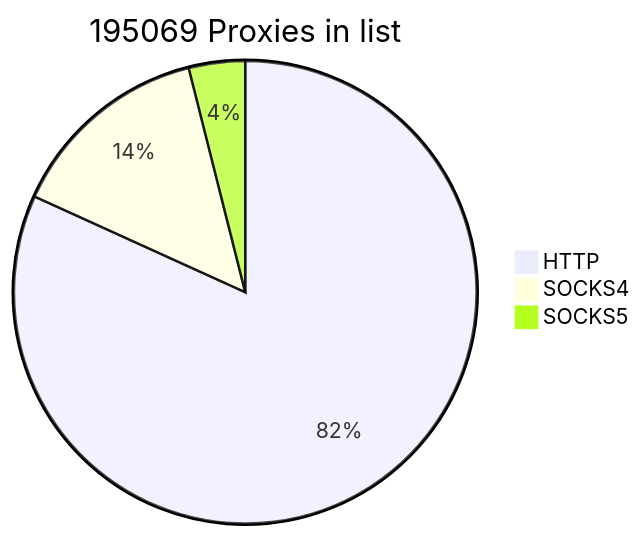
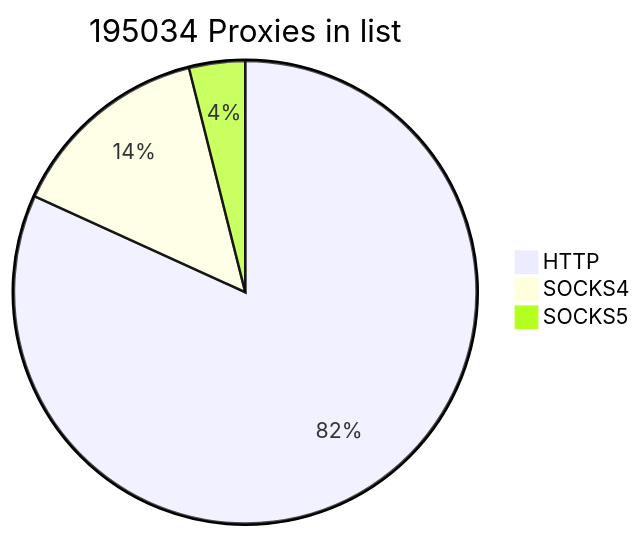
One commit to cutipu/proxylist changed the first of 2 diagrams in README.md. Above: the diagram before and after it, drawn with Mermaid. The commit also changed other lines of this file, not shown here.

````diff
--- a/README.md
+++ b/README.md
@@ -2,7 +2,7 @@
 ```mermaid
-pie title 195069 Proxies in list
+pie title 195034 Proxies in list
     "HTTP" : 159549
-    "SOCKS4" : 27851
-    "SOCKS5" : 7669
+    "SOCKS4" : 27852
+    "SOCKS5" : 7633
             
 ```
````
